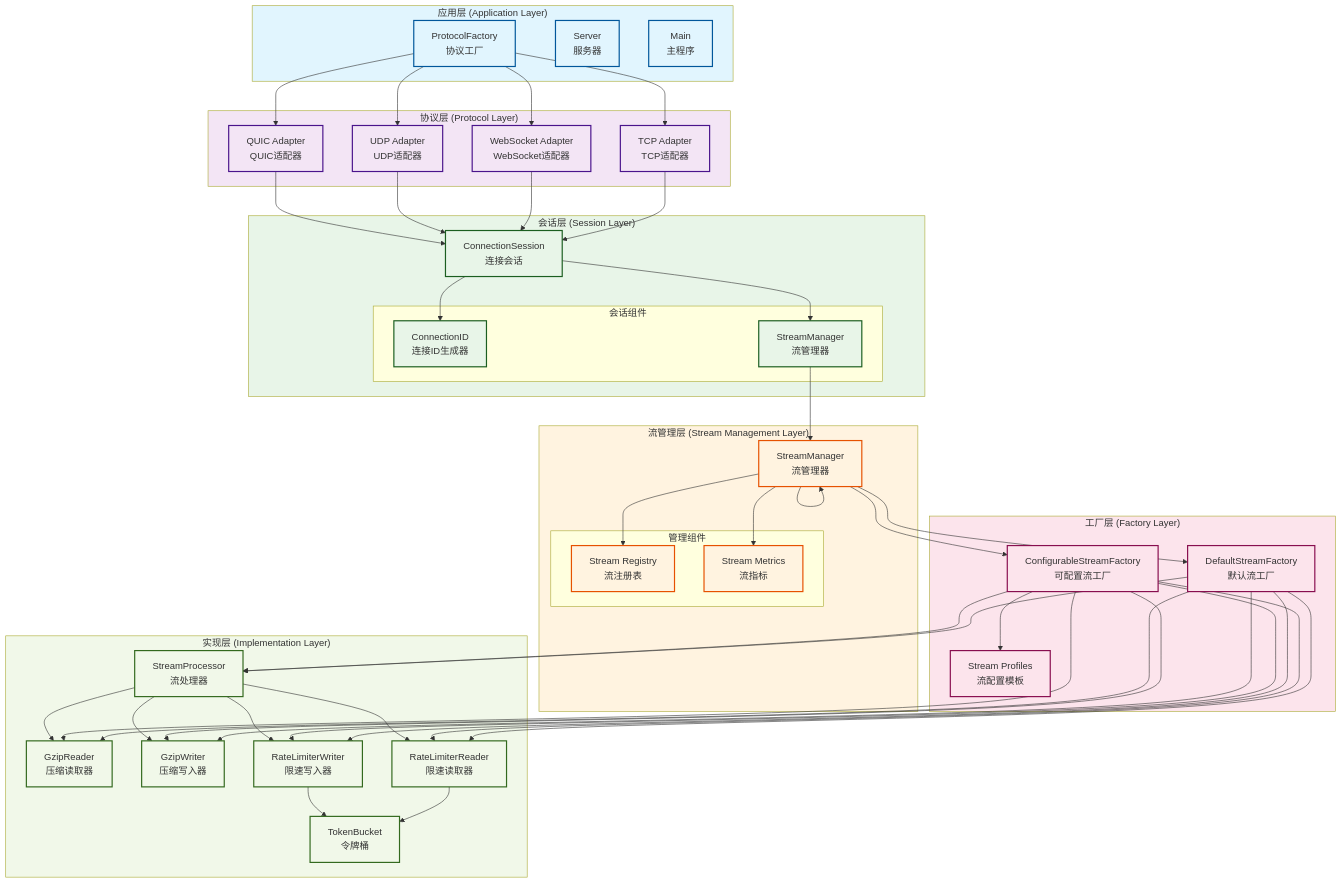
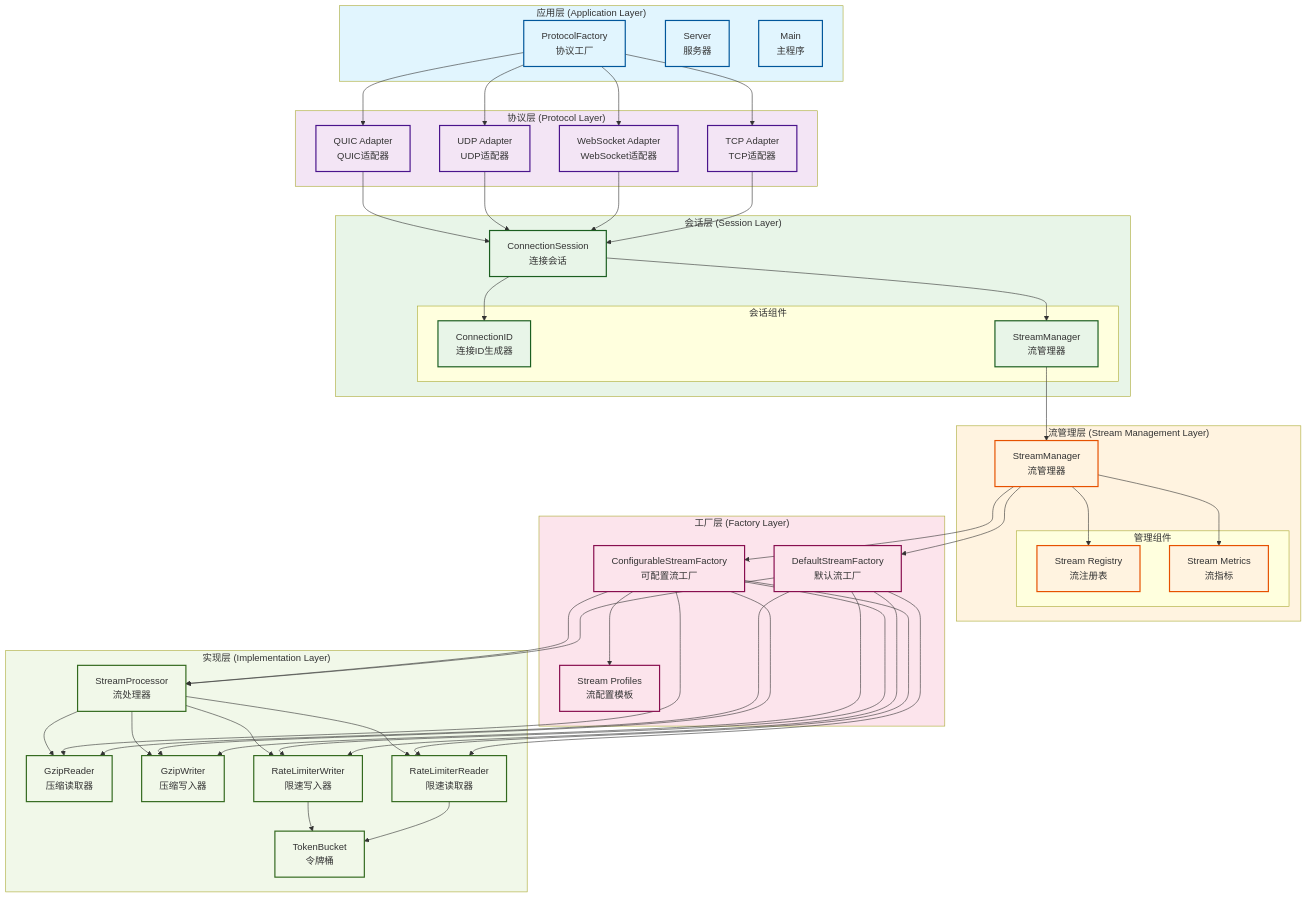
One commit to tunnox-net/tunnox-core changed the second of 2 diagrams in README.md. Above: the diagram before and after it, drawn with Mermaid. The commit also changed other lines of this file, not shown here.

```diff
--- a/README.md
+++ b/README.md
@@ -230,7 +240,7 @@
 
     %% 流管理层到工厂层
     STM --> DSF
-    STM --> STM --> CSF
+    STM --> CSF
 
     %% 工厂层内部
     CSF --> SP
```
